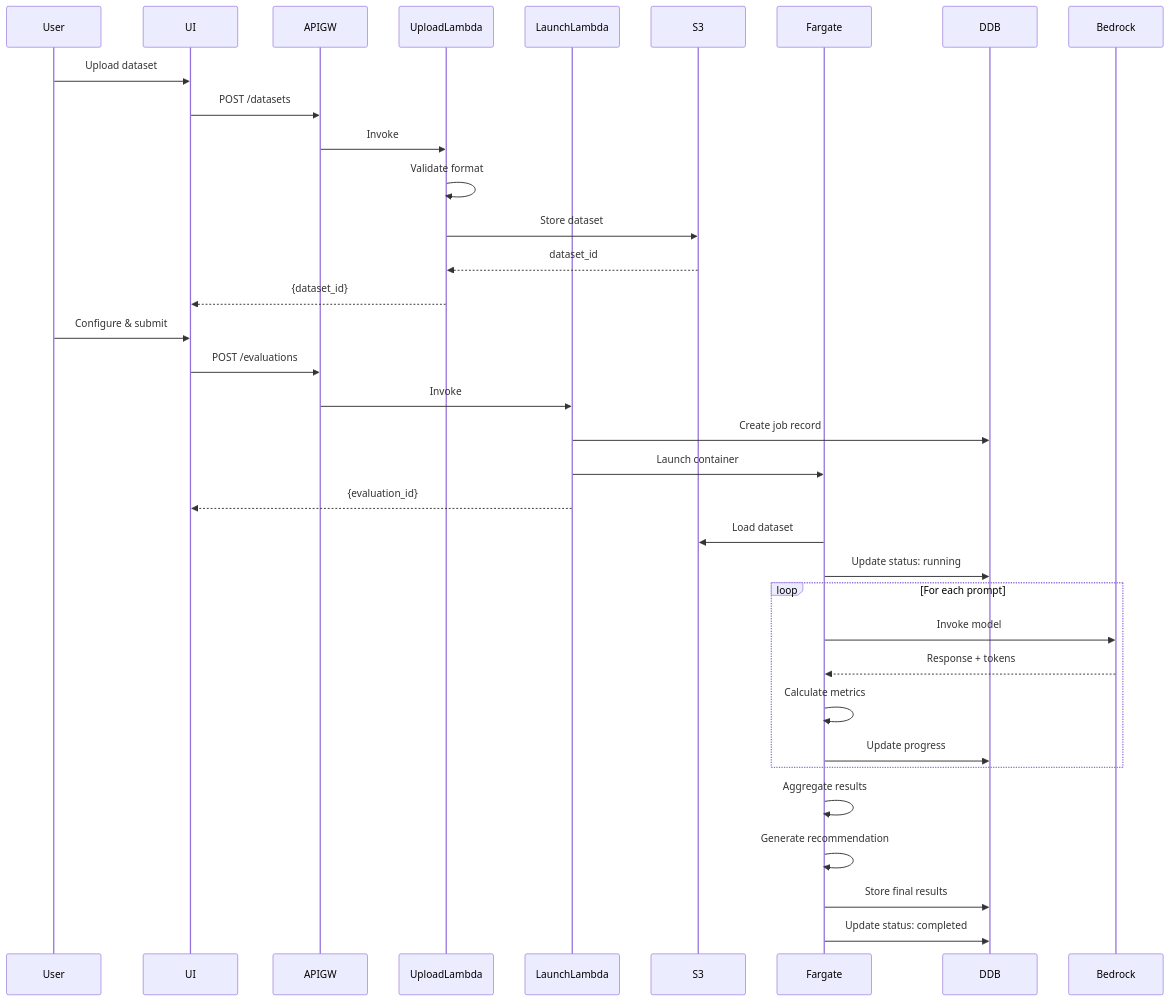
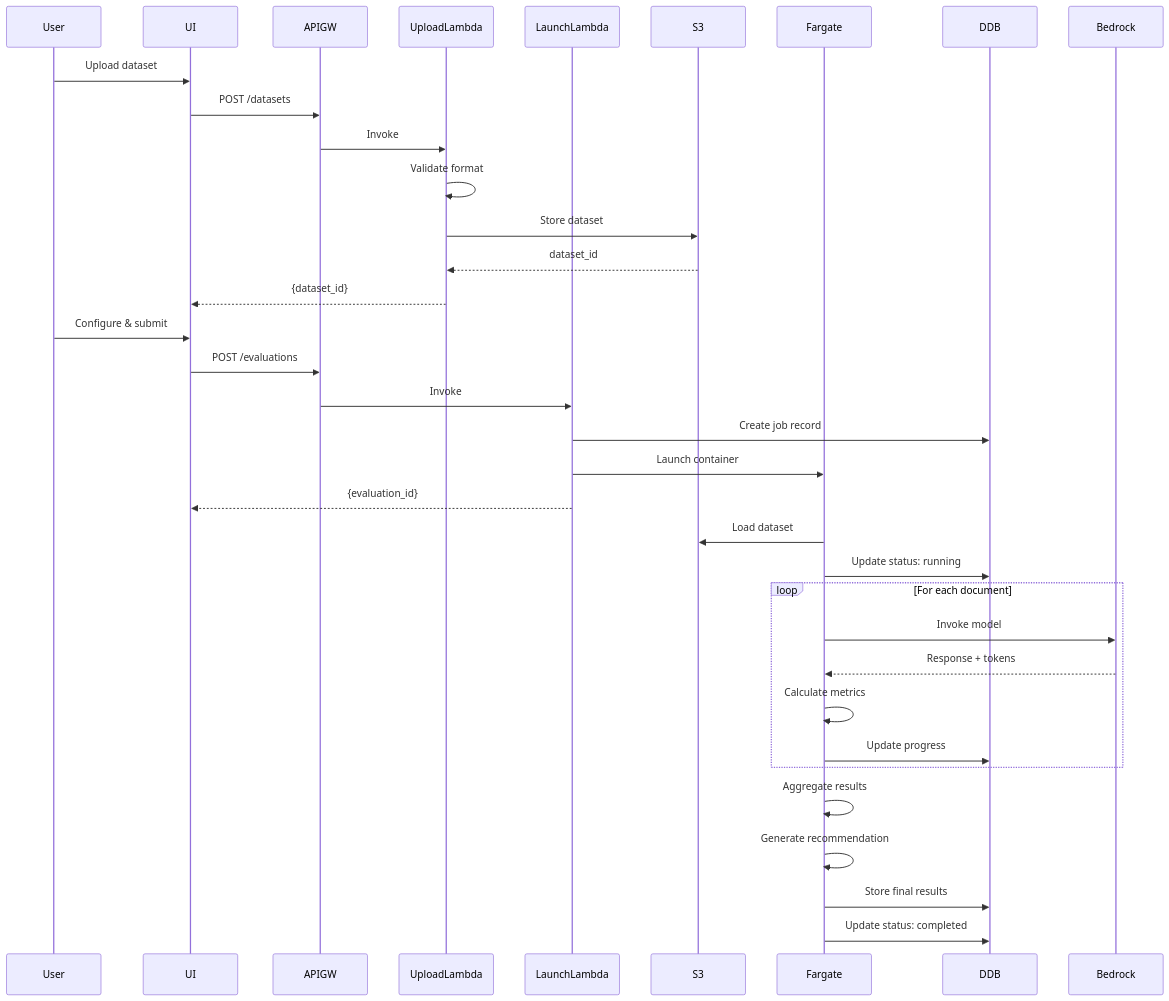
One commit to trackit/genai-inference-model-evaluation-tool changed the second of 3 diagrams in .kiro/specs/model-evaluation-phase1/design.md. Above: the diagram before and after it, drawn with Mermaid. The commit also changed other lines of this file and 28 other files, not shown here.

````diff
--- a/.kiro/specs/model-evaluation-phase1/design.md
+++ b/.kiro/specs/model-evaluation-phase1/design.md
@@ -123,42 +123,42 @@
 ```mermaid
 sequenceDiagram
     participant User
     participant UI
     participant APIGW
     participant UploadLambda
     participant LaunchLambda
     participant S3
     participant Fargate
     participant DDB
     participant Bedrock
     
     User->>UI: Upload dataset
     UI->>APIGW: POST /datasets
     APIGW->>UploadLambda: Invoke
     UploadLambda->>UploadLambda: Validate format
     UploadLambda->>S3: Store dataset
     S3-->>UploadLambda: dataset_id
     UploadLambda-->>UI: {dataset_id}
     
     User->>UI: Configure & submit
     UI->>APIGW: POST /evaluations
     APIGW->>LaunchLambda: Invoke
     LaunchLambda->>DDB: Create job record
     LaunchLambda->>Fargate: Launch container
     LaunchLambda-->>UI: {evaluation_id}
     
     Fargate->>S3: Load dataset
     Fargate->>DDB: Update status: running
     
-    loop For each prompt
+    loop For each document
         Fargate->>Bedrock: Invoke model
         Bedrock-->>Fargate: Response + tokens
         Fargate->>Fargate: Calculate metrics
         Fargate->>DDB: Update progress
     end
     
     Fargate->>Fargate: Aggregate results
     Fargate->>Fargate: Generate recommendation
     Fargate->>DDB: Store final results
     Fargate->>DDB: Update status: completed
 ```
````
